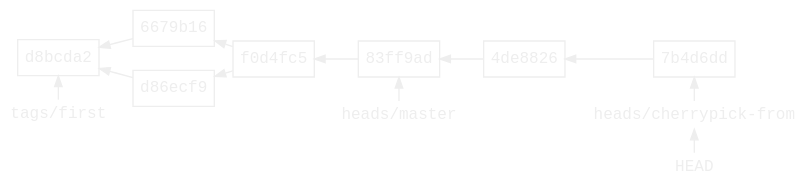
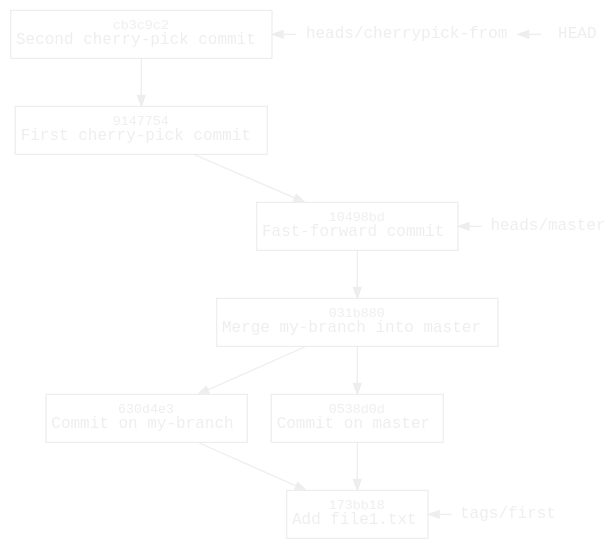
One commit to williamvds/website changed the diagram in content/blog/git/cherrypick-before.dot. Above: the diagram before and after it, drawn with Graphviz. The commit also changed 16 other files, not shown here.

```diff
--- a/content/blog/git/cherrypick-before.dot
+++ b/content/blog/git/cherrypick-before.dot
@@ -1,48 +1,49 @@
 digraph branch {
     bgcolor = transparent
     color = white
-    rankdir = RL
-    ranksep = 0.2
-    node [fontname=monospace, fontsize=12, fontcolor="#eeeeee",
+
+    node [fontname=monospace, fontsize=12, fontcolor="#eeeeee"
           margin="0.06,0.1", height=0, color="#eeeeee"]
     edge [fontcolor="#eeeeee", color="#eeeeee", arrowsize=0.8]
 
     node [shape=box, labeldistance=0.2]
-    "d8bcda2"
-    "6679b16"
-    "d86ecf9"
-    "f0d4fc5"
-    "83ff9ad"
-    "4de8826"
-    "7b4d6dd"
+    "173bb18" [label=<<font point-size="10">173bb18</font><br/>Add file1.txt>]
+    "630d4e3" [label=<<font point-size="10">630d4e3</font><br/>Commit on my-branch>]
+    "0538d0d" [label=<<font point-size="10">0538d0d</font><br/>Commit on master>]
+    "031b880" [label=<<font point-size="10">031b880</font><br/>Merge my-branch into master>]
+    "10498bd" [label=<<font point-size="10">10498bd</font><br/>Fast-forward commit>]
+    "9147754" [label=<<font point-size="10">9147754</font><br/>First cherry-pick commit>]
+    "cb3c9c2" [label=<<font point-size="10">cb3c9c2</font><br/>Second cherry-pick commit>]
+    master_invis [style=invis]
 
     node [shape=none, margin=0.05, height=0]
     HEAD
     master [label="heads/master"]
     cherrypick_from [label="heads/cherrypick-from"]
     first [label="tags/first"]
 
-    "6679b16" -> "d8bcda2"
-    "d86ecf9" -> "d8bcda2"
-    "f0d4fc5" -> "6679b16"
-    "f0d4fc5" -> "d86ecf9"
-    "83ff9ad" -> "f0d4fc5"
-    "4de8826" -> "83ff9ad"
-    "7b4d6dd" -> "4de8826"
+    "630d4e3" -> "173bb18"
+    "0538d0d" -> "173bb18" [weight=2]
+    "031b880" -> "630d4e3"
+    "031b880" -> "0538d0d" [weight=2]
+    "10498bd" -> "031b880" [weight=2]
+    "9147754" -> "10498bd"
+    "cb3c9c2" -> "9147754"
+    master_invis -> "10498bd" [weight=2 style=invis]
 
     {
         rank = same
-        first -> "d8bcda2" [constraint=false]
+        first -> "173bb18" [constraint=false]
     }
 
     {
         rank = same
-        master -> "83ff9ad" [constraint=false]
+        master -> "10498bd" [constraint=false]
     }
 
     {
         rank = same
         HEAD -> cherrypick_from [constraint=false]
-        cherrypick_from -> "7b4d6dd" [constraint=false]
+        cherrypick_from -> "cb3c9c2" [constraint=false]
     }
 }
```
